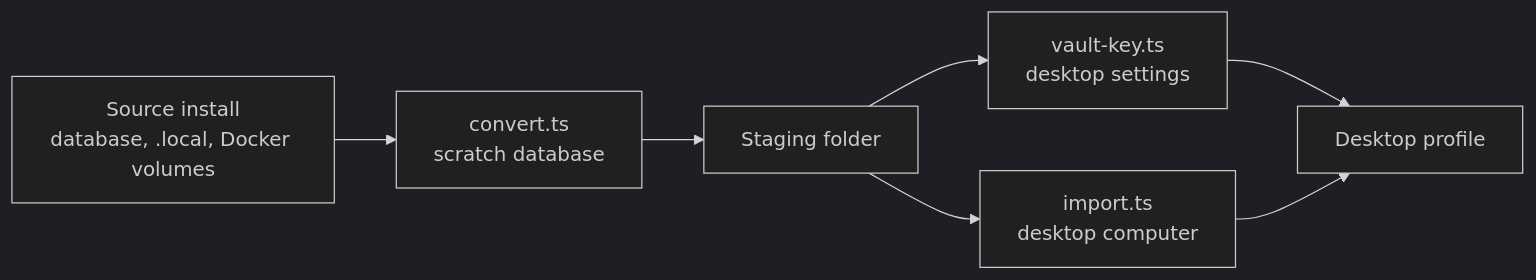
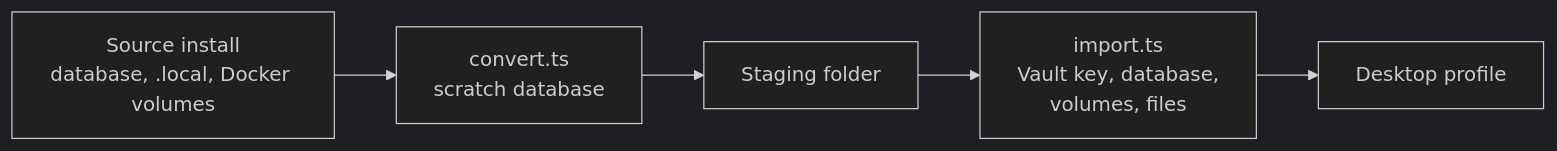
One commit to mohamed0s/nod changed the diagram in docs/src/content/docs/deploy/move-to-desktop.mdx. Above: the diagram before and after it, drawn with Mermaid (dark theme). The commit also changed other lines of this file, not shown here.

Commit message:
docs(fork): describe the safer move to the desktop app

````diff
--- a/docs/src/content/docs/deploy/move-to-desktop.mdx
+++ b/docs/src/content/docs/deploy/move-to-desktop.mdx
@@ -14,9 +16,7 @@
 ```mermaid
 flowchart LR
   source[Source install<br/>database, .local, Docker volumes]:::muted --> convert[convert.ts<br/>scratch database]
   convert --> staging[Staging folder]:::accent
-  staging --> key[vault-key.ts<br/>desktop settings]
-  staging --> import[import.ts<br/>desktop computer]
-  key --> desktop[Desktop profile]:::go
-  import --> desktop
+  staging --> import[import.ts<br/>Vault key, database,<br/>volumes, files]
+  import --> desktop[Desktop profile]:::go
 ```
````
